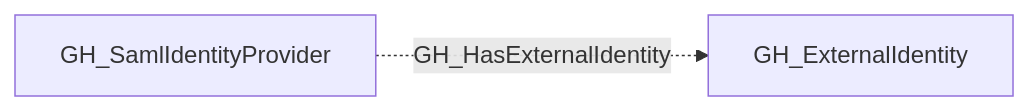
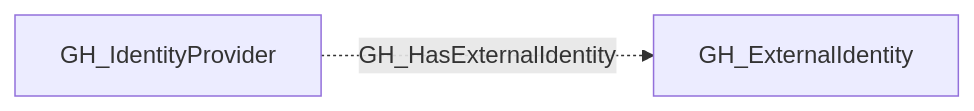
One commit to SpecterOps/openhound-github changed the diagram in descriptions/edges/GH_HasExternalIdentity.md. Above: the diagram before and after it, drawn with Mermaid. The commit also changed other lines of this file and 21 other files, not shown here.

Commit message:
BED-10447: Add enterprise OIDC provider and external identity support

````diff
--- a/descriptions/edges/GH_HasExternalIdentity.md
+++ b/descriptions/edges/GH_HasExternalIdentity.md
@@ -15,6 +15,6 @@
 ```mermaid
 graph LR
-    n0["GH_SamlIdentityProvider"]
+    n0["GH_IdentityProvider"]
     n1["GH_ExternalIdentity"]
     n0 -.->|GH_HasExternalIdentity| n1
 ```
````
